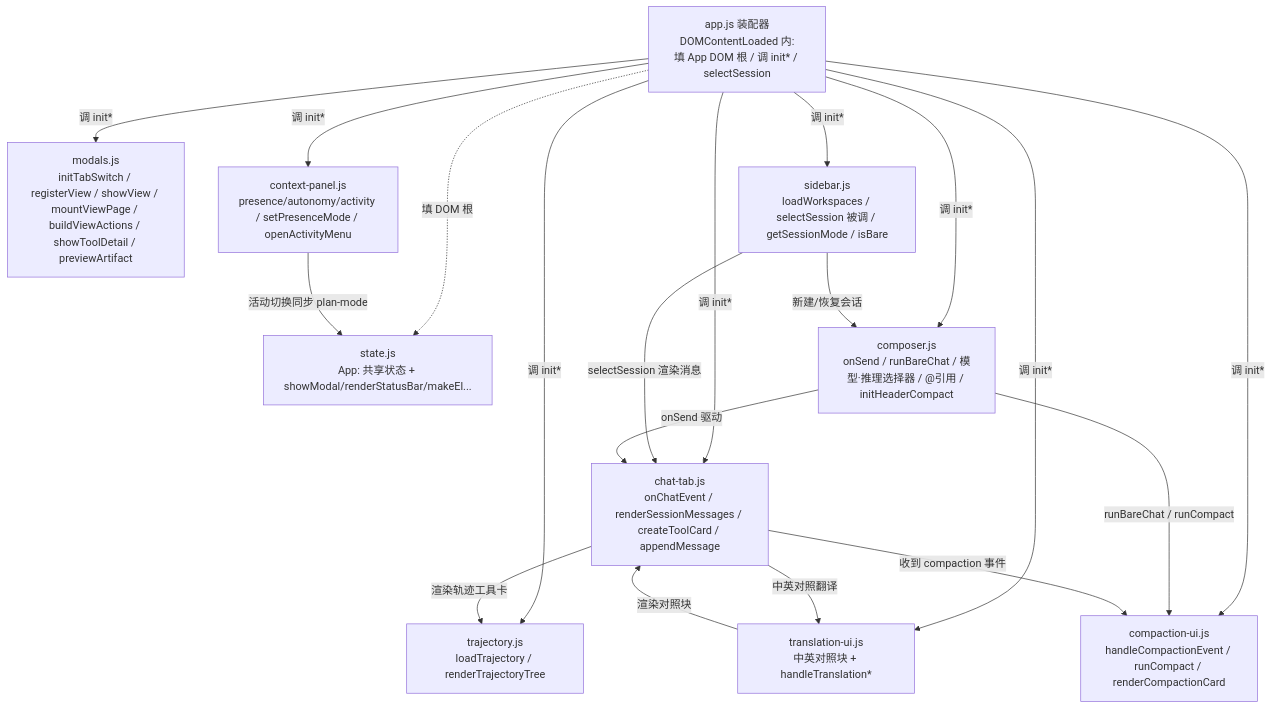
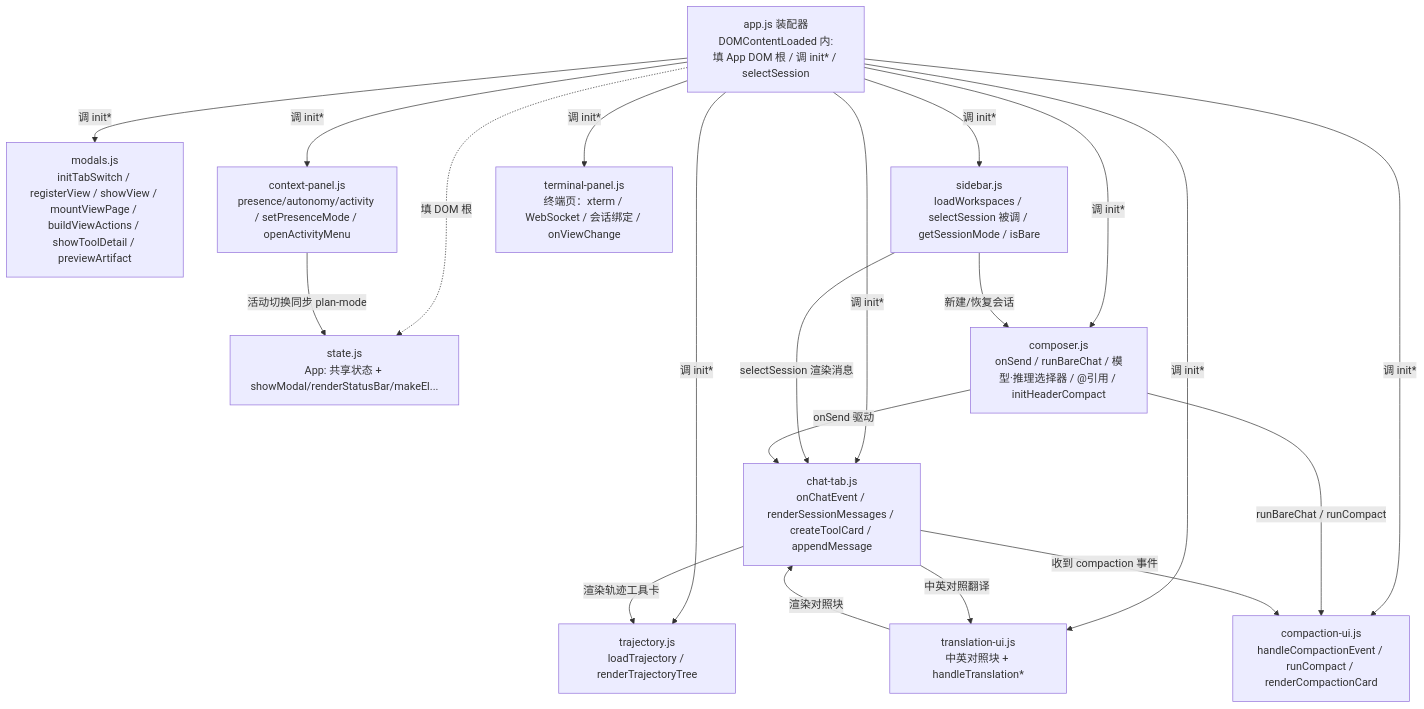
Before and after one commit to wingdever/agent: the second of 2 diagrams in docs/ui/ui.md, drawn with Mermaid. The commit also changed other lines of this file and 6 other files, not shown here.

````diff
--- a/docs/ui/ui.md
+++ b/docs/ui/ui.md
@@ -958,34 +1003,36 @@
 ```mermaid
 graph TD
     APP["app.js 装配器<br/>DOMContentLoaded 内:<br/>填 App DOM 根 / 调 init* / selectSession"]
     ST["state.js<br/>App: 共享状态 + showModal/renderStatusBar/makeEl..."]
 
     M["modals.js<br/>initTabSwitch / registerView / showView / mountViewPage / buildViewActions / showToolDetail / previewArtifact"]
     SB["sidebar.js<br/>loadWorkspaces / selectSession 被调 / getSessionMode / isBare"]
     CP["context-panel.js<br/>presence/autonomy/activity / setPresenceMode / openActivityMenu"]
     TR["trajectory.js<br/>loadTrajectory / renderTrajectoryTree"]
     TU["translation-ui.js<br/>中英对照块 + handleTranslation*"]
     CT["chat-tab.js<br/>onChatEvent / renderSessionMessages / createToolCard / appendMessage"]
     CU["compaction-ui.js<br/>handleCompactionEvent / runCompact / renderCompactionCard"]
     CO["composer.js<br/>onSend / runBareChat / 模型·推理选择器 / @引用 / initHeaderCompact"]
+    TP["terminal-panel.js<br/>终端页：xterm / WebSocket / 会话绑定 / onViewChange"]
 
     APP -->|调 init*| M
     APP -->|调 init*| SB
     APP -->|调 init*| CP
     APP -->|调 init*| TR
     APP -->|调 init*| TU
     APP -->|调 init*| CT
     APP -->|调 init*| CU
     APP -->|调 init*| CO
+    APP -->|调 init*| TP
     APP -.填 DOM 根.-> ST
 
     SB -->|selectSession 渲染消息| CT
     SB -->|新建/恢复会话| CO
     CO -->|onSend 驱动| CT
     CO -->|runBareChat / runCompact| CU
     CT -->|收到 compaction 事件| CU
     CT -->|渲染轨迹工具卡| TR
     CT -->|中英对照翻译| TU
     CP -->|活动切换同步 plan-mode| ST
     TU -->|渲染对照块| CT
 ```
````
